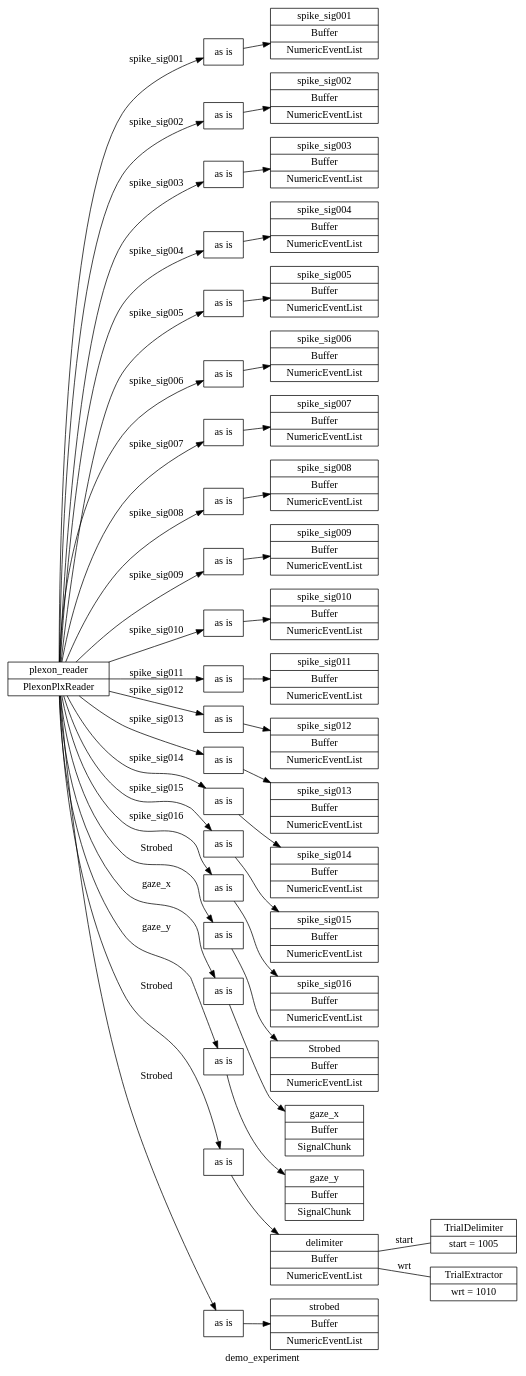
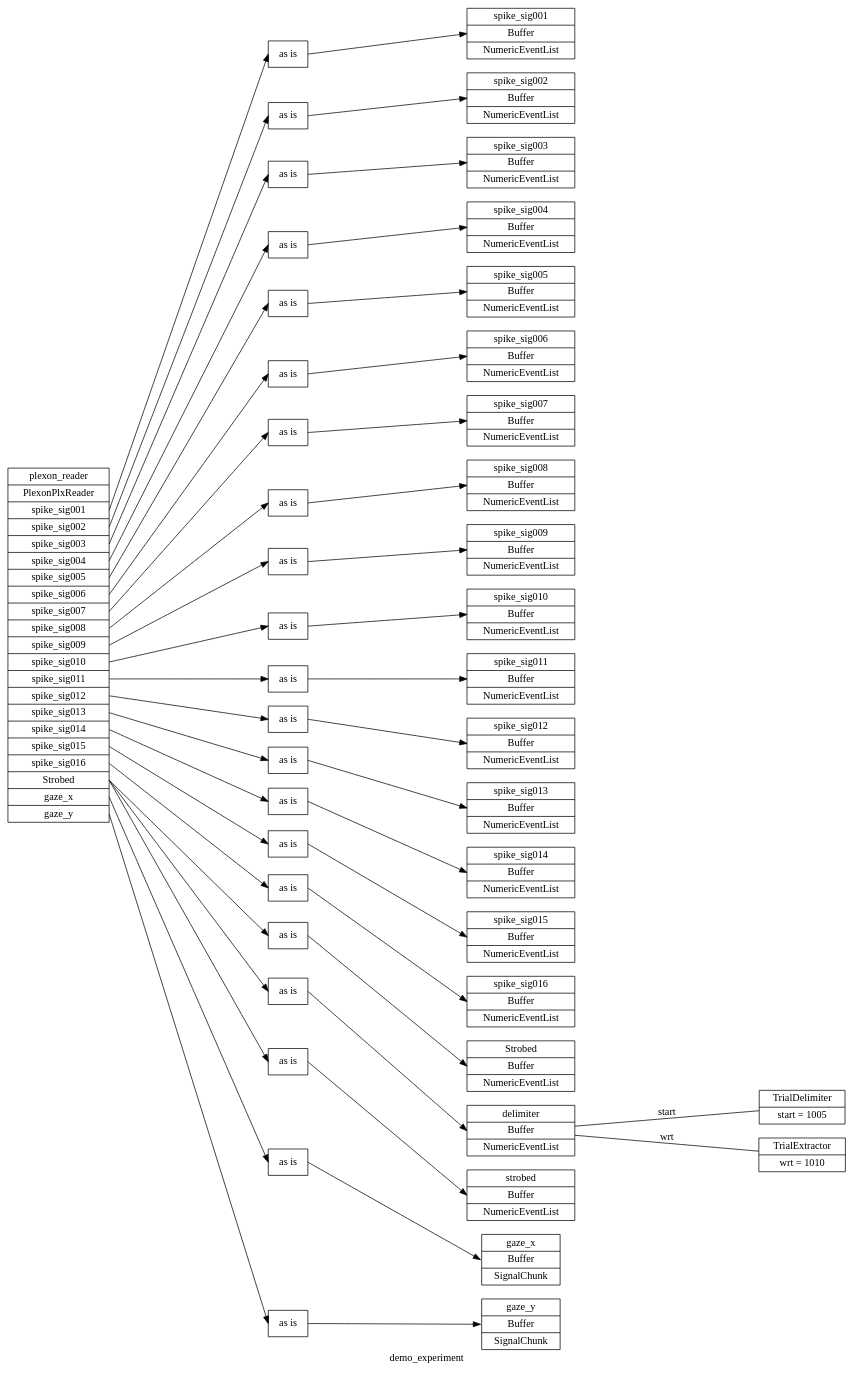
One commit to benjamin-heasly/gold-lab-nwb-conversions changed the diagram in pyramid/docs/plexon-demo/demo_experiment.dot. Above: the diagram before and after it, drawn with Graphviz. The commit also changed 6 other files, not shown here.

Commit message:
Pyramid graph include initial data names in reader nodes.

```diff
--- a/pyramid/docs/plexon-demo/demo_experiment.dot
+++ b/pyramid/docs/plexon-demo/demo_experiment.dot
@@ -1,92 +1,92 @@
 digraph demo_experiment {
-	graph [label=demo_experiment rankdir=LR]
-	plexon_reader [label="plexon_reader|PlexonPlxReader" shape=record]
+	graph [label=demo_experiment overlap=scale rankdir=LR ranksep=3.0 splines=false]
+	plexon_reader [label="plexon_reader|PlexonPlxReader|<spike_sig001>spike_sig001|<spike_sig002>spike_sig002|<spike_sig003>spike_sig003|<spike_sig004>spike_sig004|<spike_sig005>spike_sig005|<spike_sig006>spike_sig006|<spike_sig007>spike_sig007|<spike_sig008>spike_sig008|<spike_sig009>spike_sig009|<spike_sig010>spike_sig010|<spike_sig011>spike_sig011|<spike_sig012>spike_sig012|<spike_sig013>spike_sig013|<spike_sig014>spike_sig014|<spike_sig015>spike_sig015|<spike_sig016>spike_sig016|<Strobed>Strobed|<gaze_x>gaze_x|<gaze_y>gaze_y" shape=record]
 	spike_sig001 [label="spike_sig001|Buffer|NumericEventList" shape=record]
 	spike_sig002 [label="spike_sig002|Buffer|NumericEventList" shape=record]
 	spike_sig003 [label="spike_sig003|Buffer|NumericEventList" shape=record]
 	spike_sig004 [label="spike_sig004|Buffer|NumericEventList" shape=record]
 	spike_sig005 [label="spike_sig005|Buffer|NumericEventList" shape=record]
 	spike_sig006 [label="spike_sig006|Buffer|NumericEventList" shape=record]
 	spike_sig007 [label="spike_sig007|Buffer|NumericEventList" shape=record]
 	spike_sig008 [label="spike_sig008|Buffer|NumericEventList" shape=record]
 	spike_sig009 [label="spike_sig009|Buffer|NumericEventList" shape=record]
 	spike_sig010 [label="spike_sig010|Buffer|NumericEventList" shape=record]
 	spike_sig011 [label="spike_sig011|Buffer|NumericEventList" shape=record]
 	spike_sig012 [label="spike_sig012|Buffer|NumericEventList" shape=record]
 	spike_sig013 [label="spike_sig013|Buffer|NumericEventList" shape=record]
 	spike_sig014 [label="spike_sig014|Buffer|NumericEventList" shape=record]
 	spike_sig015 [label="spike_sig015|Buffer|NumericEventList" shape=record]
 	spike_sig016 [label="spike_sig016|Buffer|NumericEventList" shape=record]
 	Strobed [label="Strobed|Buffer|NumericEventList" shape=record]
 	gaze_x [label="gaze_x|Buffer|SignalChunk" shape=record]
 	gaze_y [label="gaze_y|Buffer|SignalChunk" shape=record]
 	delimiter [label="delimiter|Buffer|NumericEventList" shape=record]
 	strobed [label="strobed|Buffer|NumericEventList" shape=record]
 	plexon_reader_route_0 [label="as is" shape=record]
-	plexon_reader -> plexon_reader_route_0 [label=spike_sig001]
-	plexon_reader_route_0 -> spike_sig001
+	plexon_reader:spike_sig001:e -> plexon_reader_route_0:w
+	plexon_reader_route_0:e -> spike_sig001:w
 	plexon_reader_route_1 [label="as is" shape=record]
-	plexon_reader -> plexon_reader_route_1 [label=spike_sig002]
-	plexon_reader_route_1 -> spike_sig002
+	plexon_reader:spike_sig002:e -> plexon_reader_route_1:w
+	plexon_reader_route_1:e -> spike_sig002:w
 	plexon_reader_route_2 [label="as is" shape=record]
-	plexon_reader -> plexon_reader_route_2 [label=spike_sig003]
-	plexon_reader_route_2 -> spike_sig003
+	plexon_reader:spike_sig003:e -> plexon_reader_route_2:w
+	plexon_reader_route_2:e -> spike_sig003:w
 	plexon_reader_route_3 [label="as is" shape=record]
-	plexon_reader -> plexon_reader_route_3 [label=spike_sig004]
-	plexon_reader_route_3 -> spike_sig004
+	plexon_reader:spike_sig004:e -> plexon_reader_route_3:w
+	plexon_reader_route_3:e -> spike_sig004:w
 	plexon_reader_route_4 [label="as is" shape=record]
-	plexon_reader -> plexon_reader_route_4 [label=spike_sig005]
-	plexon_reader_route_4 -> spike_sig005
+	plexon_reader:spike_sig005:e -> plexon_reader_route_4:w
+	plexon_reader_route_4:e -> spike_sig005:w
 	plexon_reader_route_5 [label="as is" shape=record]
-	plexon_reader -> plexon_reader_route_5 [label=spike_sig006]
-	plexon_reader_route_5 -> spike_sig006
+	plexon_reader:spike_sig006:e -> plexon_reader_route_5:w
+	plexon_reader_route_5:e -> spike_sig006:w
 	plexon_reader_route_6 [label="as is" shape=record]
-	plexon_reader -> plexon_reader_route_6 [label=spike_sig007]
-	plexon_reader_route_6 -> spike_sig007
+	plexon_reader:spike_sig007:e -> plexon_reader_route_6:w
+	plexon_reader_route_6:e -> spike_sig007:w
 	plexon_reader_route_7 [label="as is" shape=record]
-	plexon_reader -> plexon_reader_route_7 [label=spike_sig008]
-	plexon_reader_route_7 -> spike_sig008
+	plexon_reader:spike_sig008:e -> plexon_reader_route_7:w
+	plexon_reader_route_7:e -> spike_sig008:w
 	plexon_reader_route_8 [label="as is" shape=record]
-	plexon_reader -> plexon_reader_route_8 [label=spike_sig009]
-	plexon_reader_route_8 -> spike_sig009
+	plexon_reader:spike_sig009:e -> plexon_reader_route_8:w
+	plexon_reader_route_8:e -> spike_sig009:w
 	plexon_reader_route_9 [label="as is" shape=record]
-	plexon_reader -> plexon_reader_route_9 [label=spike_sig010]
-	plexon_reader_route_9 -> spike_sig010
+	plexon_reader:spike_sig010:e -> plexon_reader_route_9:w
+	plexon_reader_route_9:e -> spike_sig010:w
 	plexon_reader_route_10 [label="as is" shape=record]
-	plexon_reader -> plexon_reader_route_10 [label=spike_sig011]
-	plexon_reader_route_10 -> spike_sig011
+	plexon_reader:spike_sig011:e -> plexon_reader_route_10:w
+	plexon_reader_route_10:e -> spike_sig011:w
 	plexon_reader_route_11 [label="as is" shape=record]
-	plexon_reader -> plexon_reader_route_11 [label=spike_sig012]
-	plexon_reader_route_11 -> spike_sig012
+	plexon_reader:spike_sig012:e -> plexon_reader_route_11:w
+	plexon_reader_route_11:e -> spike_sig012:w
 	plexon_reader_route_12 [label="as is" shape=record]
-	plexon_reader -> plexon_reader_route_12 [label=spike_sig013]
-	plexon_reader_route_12 -> spike_sig013
+	plexon_reader:spike_sig013:e -> plexon_reader_route_12:w
+	plexon_reader_route_12:e -> spike_sig013:w
 	plexon_reader_route_13 [label="as is" shape=record]
-	plexon_reader -> plexon_reader_route_13 [label=spike_sig014]
-	plexon_reader_route_13 -> spike_sig014
+	plexon_reader:spike_sig014:e -> plexon_reader_route_13:w
+	plexon_reader_route_13:e -> spike_sig014:w
 	plexon_reader_route_14 [label="as is" shape=record]
-	plexon_reader -> plexon_reader_route_14 [label=spike_sig015]
-	plexon_reader_route_14 -> spike_sig015
+	plexon_reader:spike_sig015:e -> plexon_reader_route_14:w
+	plexon_reader_route_14:e -> spike_sig015:w
 	plexon_reader_route_15 [label="as is" shape=record]
-	plexon_reader -> plexon_reader_route_15 [label=spike_sig016]
-	plexon_reader_route_15 -> spike_sig016
+	plexon_reader:spike_sig016:e -> plexon_reader_route_15:w
+	plexon_reader_route_15:e -> spike_sig016:w
 	plexon_reader_route_16 [label="as is" shape=record]
-	plexon_reader -> plexon_reader_route_16 [label=Strobed]
-	plexon_reader_route_16 -> Strobed
+	plexon_reader:Strobed:e -> plexon_reader_route_16:w
+	plexon_reader_route_16:e -> Strobed:w
 	plexon_reader_route_17 [label="as is" shape=record]
-	plexon_reader -> plexon_reader_route_17 [label=gaze_x]
-	plexon_reader_route_17 -> gaze_x
+	plexon_reader:gaze_x:e -> plexon_reader_route_17:w
+	plexon_reader_route_17:e -> gaze_x:w
 	plexon_reader_route_18 [label="as is" shape=record]
-	plexon_reader -> plexon_reader_route_18 [label=gaze_y]
-	plexon_reader_route_18 -> gaze_y
+	plexon_reader:gaze_y:e -> plexon_reader_route_18:w
+	plexon_reader_route_18:e -> gaze_y:w
 	plexon_reader_route_19 [label="as is" shape=record]
-	plexon_reader -> plexon_reader_route_19 [label=Strobed]
-	plexon_reader_route_19 -> delimiter
+	plexon_reader:Strobed:e -> plexon_reader_route_19:w
+	plexon_reader_route_19:e -> delimiter:w
 	plexon_reader_route_20 [label="as is" shape=record]
-	plexon_reader -> plexon_reader_route_20 [label=Strobed]
-	plexon_reader_route_20 -> strobed
+	plexon_reader:Strobed:e -> plexon_reader_route_20:w
+	plexon_reader_route_20:e -> strobed:w
 	trial_delimiter [label="TrialDelimiter|start = 1005" shape=record]
 	delimiter -> trial_delimiter [label=start arrowhead=none arrowtail=none]
 	trial_extractor [label="TrialExtractor|wrt = 1010" shape=record]
 	delimiter -> trial_extractor [label=wrt arrowhead=none arrowtail=none]
 }
```
